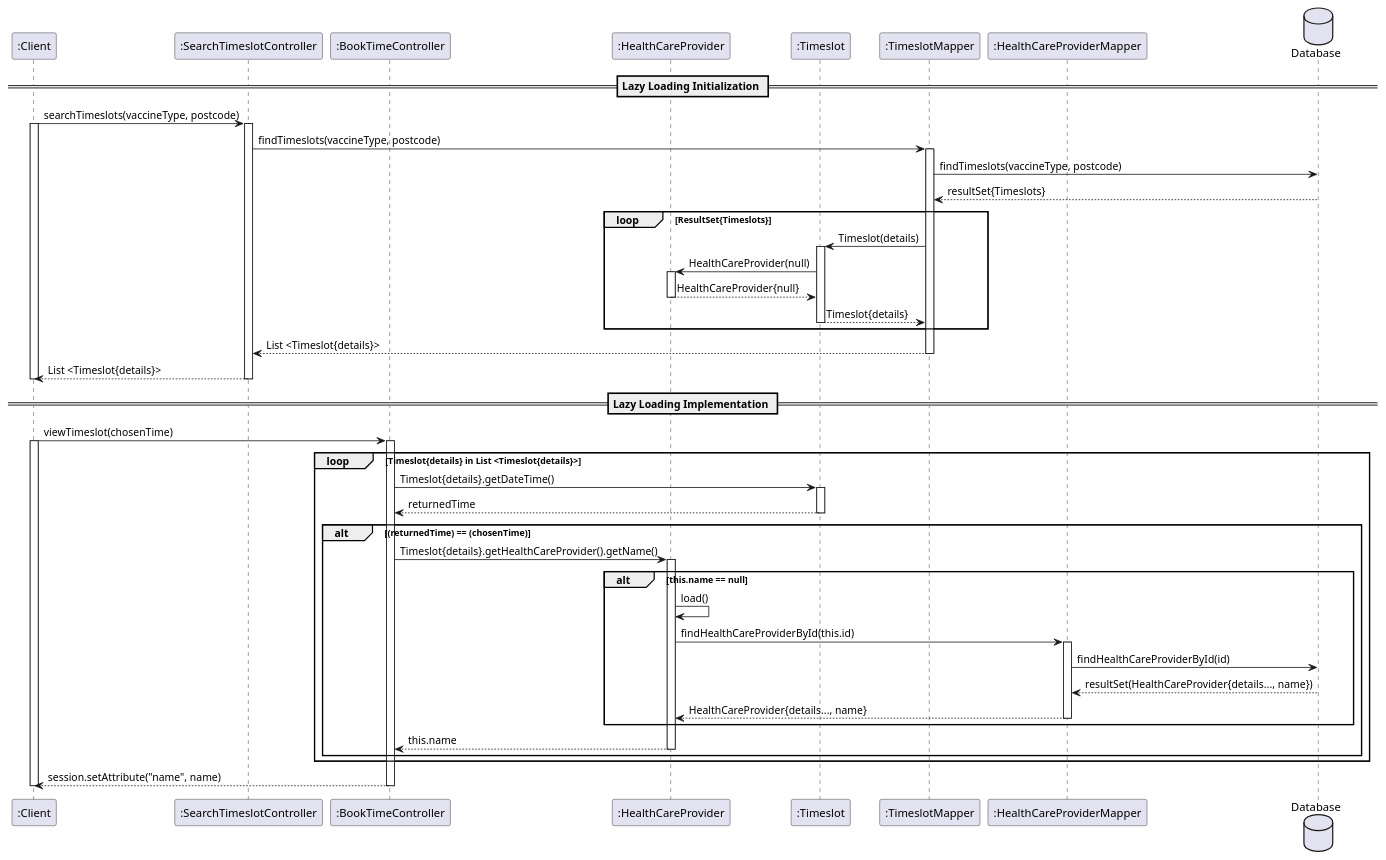
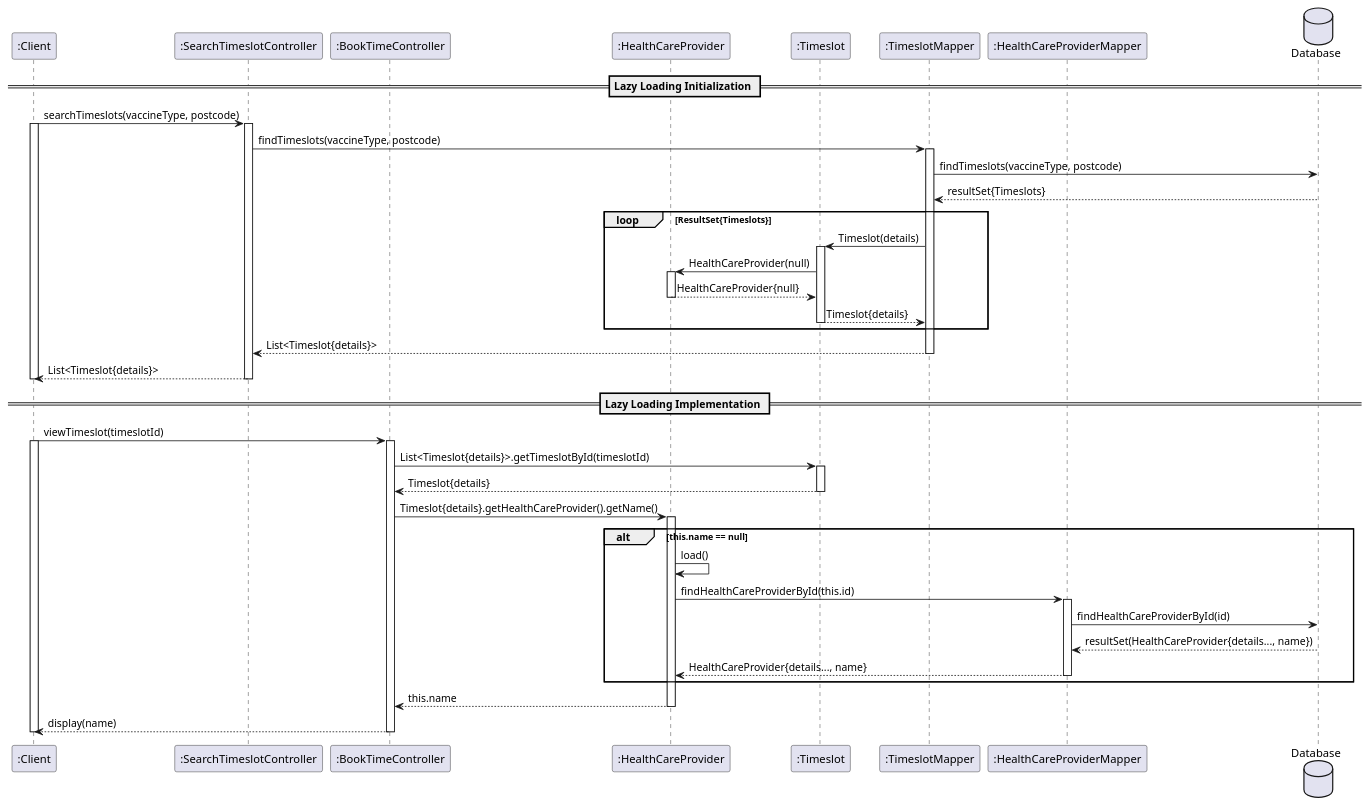
Before and after one commit to SWEN900072021/Covid19BookingSystem: the diagram in docs/part2/LazyLoadingSequenceDiagram.puml, drawn with PlantUML. The commit also changed 1 other file, not shown here.

Commit message:
Added identity field dequence diagram

```diff
--- a/docs/part2/LazyLoadingSequenceDiagram.puml
+++ b/docs/part2/LazyLoadingSequenceDiagram.puml
@@ -1,67 +1,63 @@
 @startuml
 'https://plantuml.com/sequence-diagram
 
 skinparam linetype polyline
 
 participant ":Client" as Client
 participant ":SearchTimeslotController" as SearchController
 participant ":BookTimeController" as BookController
 participant ":HealthCareProvider" as HCP
 participant ":Timeslot" as Timeslot
 participant ":TimeslotMapper" as TimeslotMapper
 participant ":HealthCareProviderMapper" as HCPMapper
 database "Database" as DB
 
 == Lazy Loading Initialization ==
 Client -> SearchController: searchTimeslots(vaccineType, postcode)
 activate Client
 activate SearchController
 SearchController -> TimeslotMapper: findTimeslots(vaccineType, postcode)
 activate TimeslotMapper
 TimeslotMapper -> DB: findTimeslots(vaccineType, postcode)
 DB --> TimeslotMapper: resultSet{Timeslots}
 loop ResultSet{Timeslots}
     TimeslotMapper -> Timeslot: Timeslot(details)
     activate Timeslot
     Timeslot -> HCP: HealthCareProvider(null)
     activate HCP
     HCP --> Timeslot: HealthCareProvider{null}
     deactivate HCP
     Timeslot --> TimeslotMapper: Timeslot{details}
     deactivate Timeslot
 end
-TimeslotMapper --> SearchController: List <Timeslot{details}>
+TimeslotMapper --> SearchController: List<Timeslot{details}>
 deactivate TimeslotMapper
-SearchController --> Client: List <Timeslot{details}>
+SearchController --> Client: List<Timeslot{details}>
 deactivate SearchController
 deactivate Client
 
 == Lazy Loading Implementation ==
-Client -> BookController: viewTimeslot(chosenTime)
+Client -> BookController: viewTimeslot(timeslotId)
 activate Client
 activate BookController
-loop Timeslot{details} in List <Timeslot{details}>
-    BookController -> Timeslot: Timeslot{details}.getDateTime()
-    activate Timeslot
-    Timeslot --> BookController: returnedTime
-    deactivate Timeslot
-    alt (returnedTime) == (chosenTime)
-        BookController -> HCP: Timeslot{details}.getHealthCareProvider().getName()
-        activate HCP
-        alt this.name == null
-            HCP -> HCP: load()
-            HCP -> HCPMapper: findHealthCareProviderById(this.id)
-            activate HCPMapper
-            HCPMapper -> DB: findHealthCareProviderById(id)
-            DB --> HCPMapper: resultSet(HealthCareProvider{details..., name})
-            HCPMapper --> HCP: HealthCareProvider{details..., name}
-            deactivate HCPMapper
-        end
-        HCP --> BookController: this.name
-        deactivate HCP
-    end
+BookController -> Timeslot: List<Timeslot{details}>.getTimeslotById(timeslotId)
+activate Timeslot
+Timeslot --> BookController: Timeslot{details}
+deactivate Timeslot
+BookController -> HCP: Timeslot{details}.getHealthCareProvider().getName()
+activate HCP
+alt this.name == null
+    HCP -> HCP: load()
+    HCP -> HCPMapper: findHealthCareProviderById(this.id)
+    activate HCPMapper
+    HCPMapper -> DB: findHealthCareProviderById(id)
+    DB --> HCPMapper: resultSet(HealthCareProvider{details..., name})
+    HCPMapper --> HCP: HealthCareProvider{details..., name}
+    deactivate HCPMapper
 end
-BookController --> Client: session.setAttribute("name", name)
+HCP --> BookController: this.name
+deactivate HCP
+BookController --> Client: display(name)
 deactivate BookController
 deactivate Client
 @enduml
```
